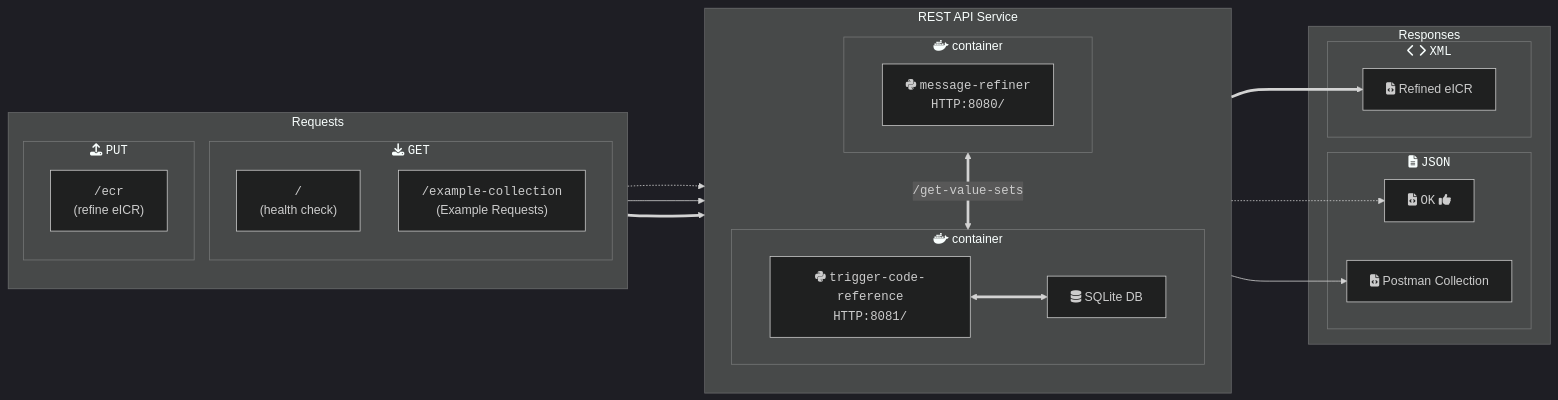
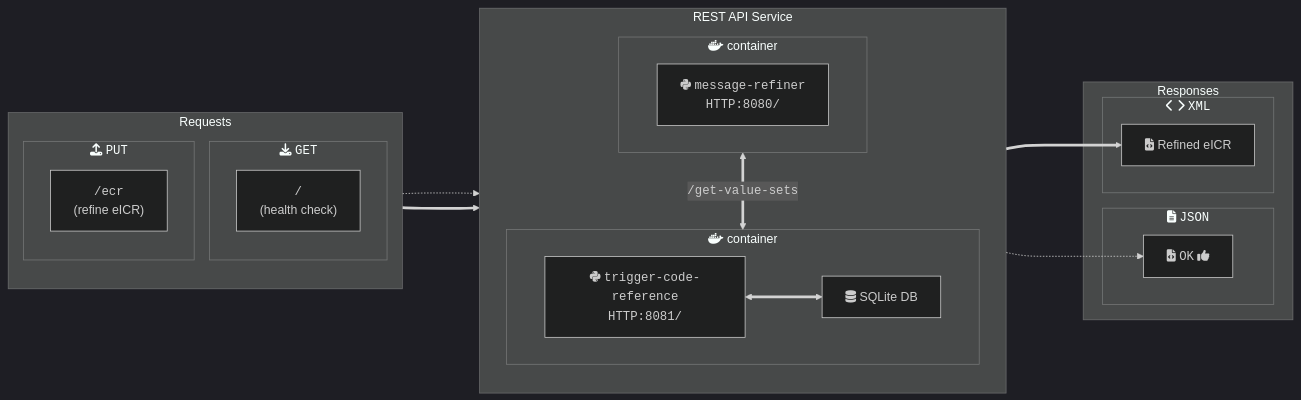
One commit to joshnygaard/ecr-viewer-uncensored changed the diagram in containers/message-refiner/README.md. Above: the diagram before and after it, drawn with Mermaid (dark theme). The commit also changed 9 other files, not shown here.

````diff
--- a/containers/message-refiner/README.md
+++ b/containers/message-refiner/README.md
@@ -50,40 +50,37 @@
 ```mermaid
 flowchart LR
 
 subgraph requests["Requests"]
 direction TB
 subgraph GET["fas:fa-download <code>GET</code>"]
 hc["<code>/</code>\n(health check)"]
-example["<code>/example-collection</code>\n(Example Requests)"]
 end
 subgraph PUT["fas:fa-upload <code>PUT</code>"]
 ecr["<code>/ecr</code>\n(refine eICR)"]
 end
 end
 
 subgraph service[REST API Service]
 direction TB
 subgraph mr["fab:fa-docker container"]
 refiner["fab:fa-python <code>message-refiner<br>HTTP:8080/</code>"]
 end
 subgraph tcr["fab:fa-docker container"]
 tcr-service["fab:fa-python <code>trigger-code-reference<br>HTTP:8081/</code>"] <==> db["fas:fa-database SQLite DB"]
 end
 mr <==> |<code>/get-value-sets</code>| tcr
 end
 
 subgraph response["Responses"]
 subgraph JSON["fa:fa-file-alt <code>JSON</code>"]
 rsp-hc["fa:fa-file-code <code>OK</code> fa:fa-thumbs-up"]
-rsp-example["fa:fa-file-code Postman Collection"]
 end
 subgraph XML["fas:fa-chevron-left fas:fa-chevron-right <code>XML</code>"]
 rsp-ecr["fas:fa-file-code Refined eICR"]
 end
 end
 
 hc -.-> mr -.-> rsp-hc
-example --> mr --> rsp-example
 ecr ===> mr ===> rsp-ecr
 
 ```
````
